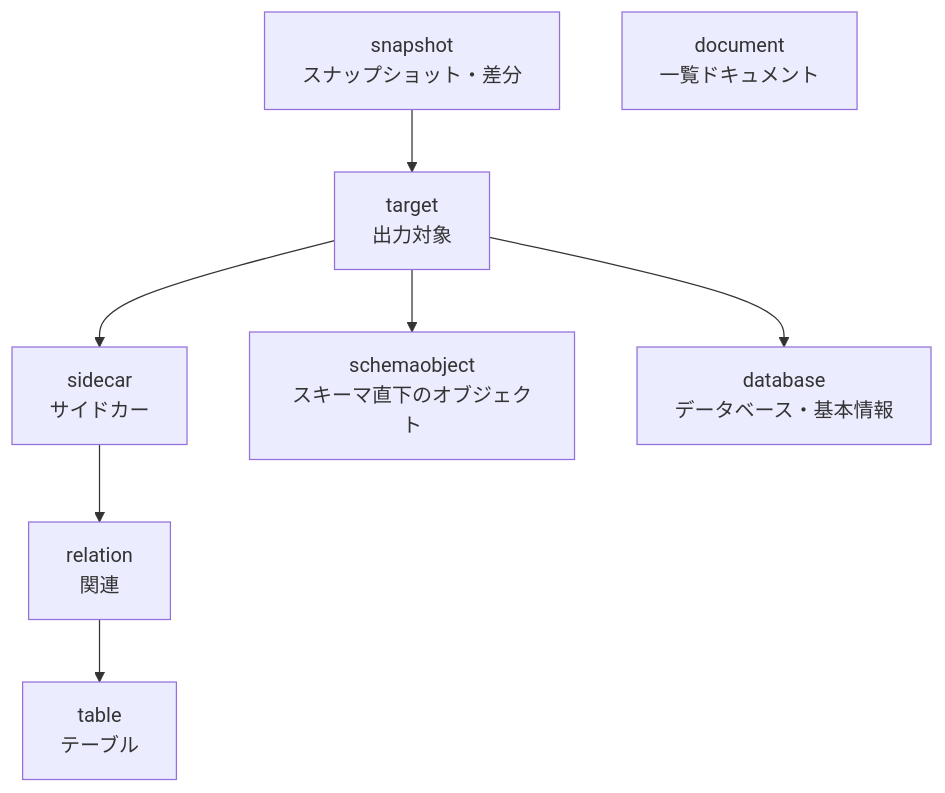
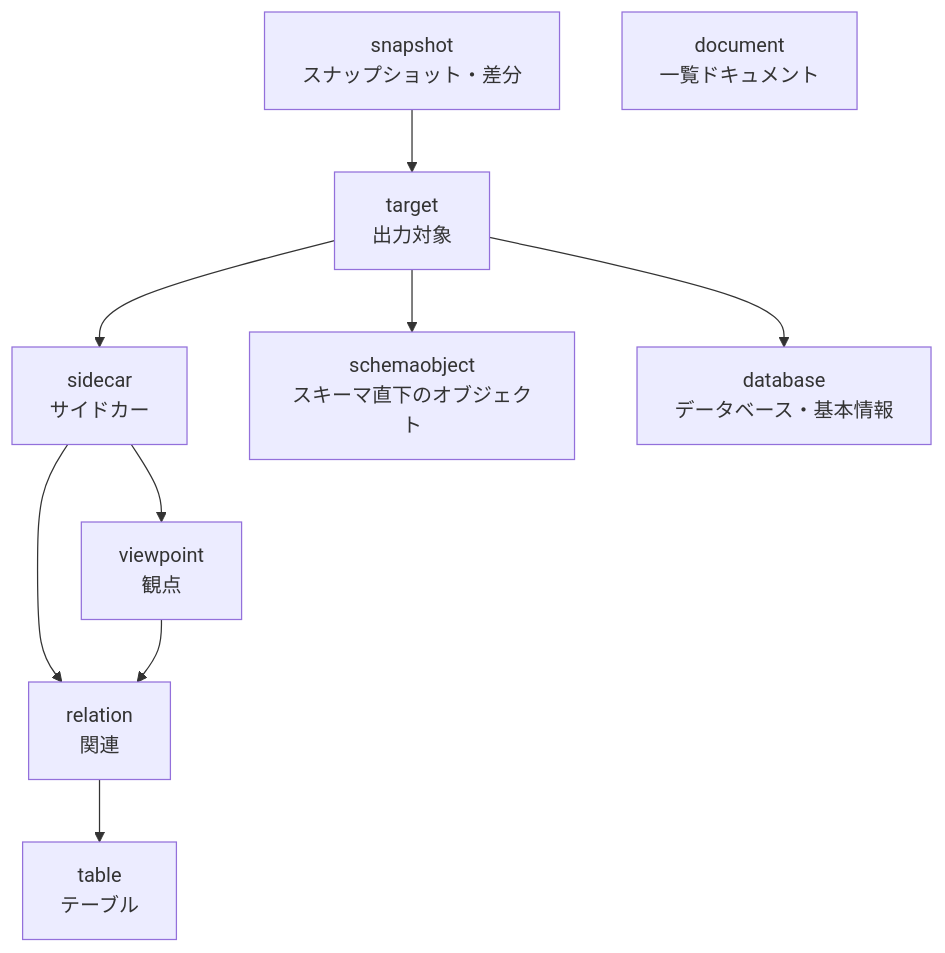
Before and after one commit to ebichan88/exportTableDefinition: the first of 5 diagrams in docs/architecture/domain-model.md, drawn with Mermaid. The commit also changed other lines of this file and 61 other files, not shown here.

````diff
--- a/docs/architecture/domain-model.md
+++ b/docs/architecture/domain-model.md
@@ -25,18 +25,21 @@
 ```mermaid
 flowchart TB
   snapshot["snapshot<br/>スナップショット・差分"]
   target["target<br/>出力対象"]
   sidecar["sidecar<br/>サイドカー"]
+  viewpoint["viewpoint<br/>観点"]
   relation["relation<br/>関連"]
   table["table<br/>テーブル"]
   schemaobject["schemaobject<br/>スキーマ直下のオブジェクト"]
   database["database<br/>データベース・基本情報"]
   document["document<br/>一覧ドキュメント"]
 
   snapshot --> target
   target --> sidecar
   target --> schemaobject
   target --> database
+  sidecar --> viewpoint
   sidecar --> relation
+  viewpoint --> relation
   relation --> table
 ```
````
